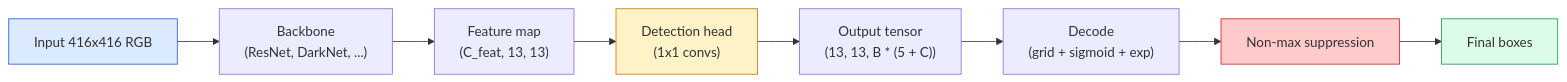
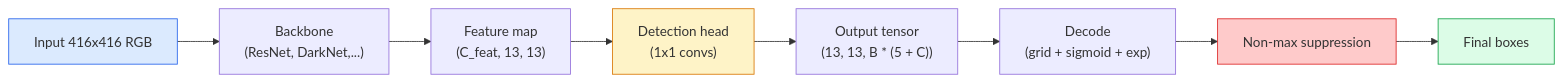
One commit to josh6011/ai-engineering changed the diagram in phases/04-computer-vision/06-object-detection-yolo/docs/en.md. Above: the diagram before and after it, drawn with Mermaid. The commit also changed other lines of this file and 155 other files, not shown here.

````diff
--- a/phases/04-computer-vision/06-object-detection-yolo/docs/en.md
+++ b/phases/04-computer-vision/06-object-detection-yolo/docs/en.md
@@ -31,15 +31,15 @@
 ```mermaid
 flowchart LR
-    IMG["Input 416x416 RGB"] --> BB["Backbone<br/>(ResNet, DarkNet, ...)"]
-    BB --> FM["Feature map<br/>(C_feat, 13, 13)"]
-    FM --> HEAD["Detection head<br/>(1x1 convs)"]
-    HEAD --> OUT["Output tensor<br/>(13, 13, B * (5 + C))"]
-    OUT --> DEC["Decode<br/>(grid + sigmoid + exp)"]
-    DEC --> NMS["Non-max suppression"]
-    NMS --> RESULT["Final boxes"]
+ IMG["Input 416x416 RGB"] --> BB["Backbone<br/>(ResNet, DarkNet,...)"]
+ BB --> FM["Feature map<br/>(C_feat, 13, 13)"]
+ FM --> HEAD["Detection head<br/>(1x1 convs)"]
+ HEAD --> OUT["Output tensor<br/>(13, 13, B * (5 + C))"]
+ OUT --> DEC["Decode<br/>(grid + sigmoid + exp)"]
+ DEC --> NMS["Non-max suppression"]
+ NMS --> RESULT["Final boxes"]
 
-    style IMG fill:#dbeafe,stroke:#2563eb
-    style HEAD fill:#fef3c7,stroke:#d97706
-    style NMS fill:#fecaca,stroke:#dc2626
-    style RESULT fill:#dcfce7,stroke:#16a34a
+ style IMG fill:#dbeafe,stroke:#2563eb
+ style HEAD fill:#fef3c7,stroke:#d97706
+ style NMS fill:#fecaca,stroke:#dc2626
+ style RESULT fill:#dcfce7,stroke:#16a34a
 ```
````
